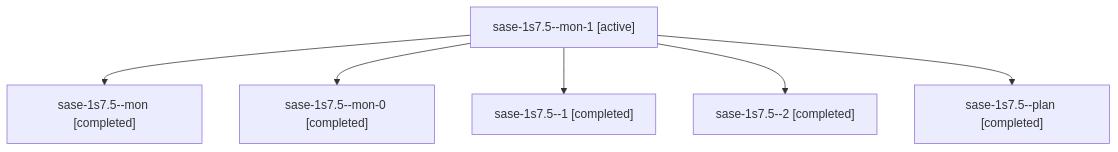
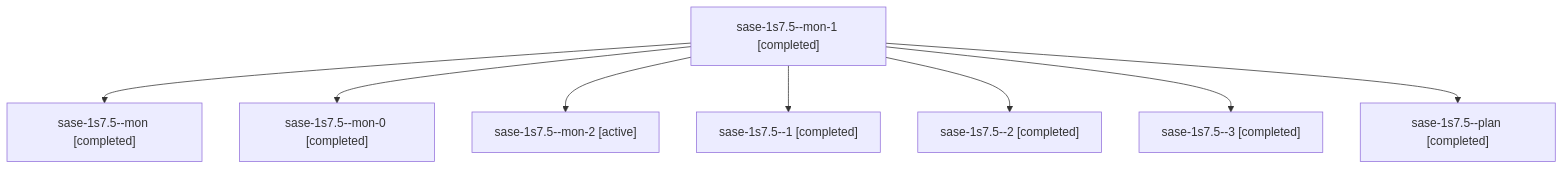
The diagram in sessions/bbugyi200.athena.sase-1s7.5.md (sase-org/sase--agents), drawn with Mermaid before and after one commit. The commit also changed other lines of this file and 40 other files, not shown here.

````diff
--- a/sessions/bbugyi200.athena.sase-1s7.5.md
+++ b/sessions/bbugyi200.athena.sase-1s7.5.md
@@ -9,14 +9,18 @@
 ```mermaid
 flowchart TD
-  n0["sase-1s7.5--mon-1 [active]"]
+  n0["sase-1s7.5--mon-1 [completed]"]
   n1["sase-1s7.5--mon [completed]"]
   n0 --> n1
   n2["sase-1s7.5--mon-0 [completed]"]
   n0 --> n2
-  n3["sase-1s7.5--1 [completed]"]
+  n3["sase-1s7.5--mon-2 [active]"]
   n0 --> n3
-  n4["sase-1s7.5--2 [completed]"]
+  n4["sase-1s7.5--1 [completed]"]
   n0 --> n4
-  n5["sase-1s7.5--plan [completed]"]
+  n5["sase-1s7.5--2 [completed]"]
   n0 --> n5
+  n6["sase-1s7.5--3 [completed]"]
+  n0 --> n6
+  n7["sase-1s7.5--plan [completed]"]
+  n0 --> n7
 ```
````
